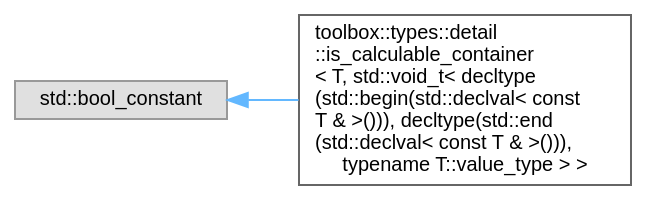
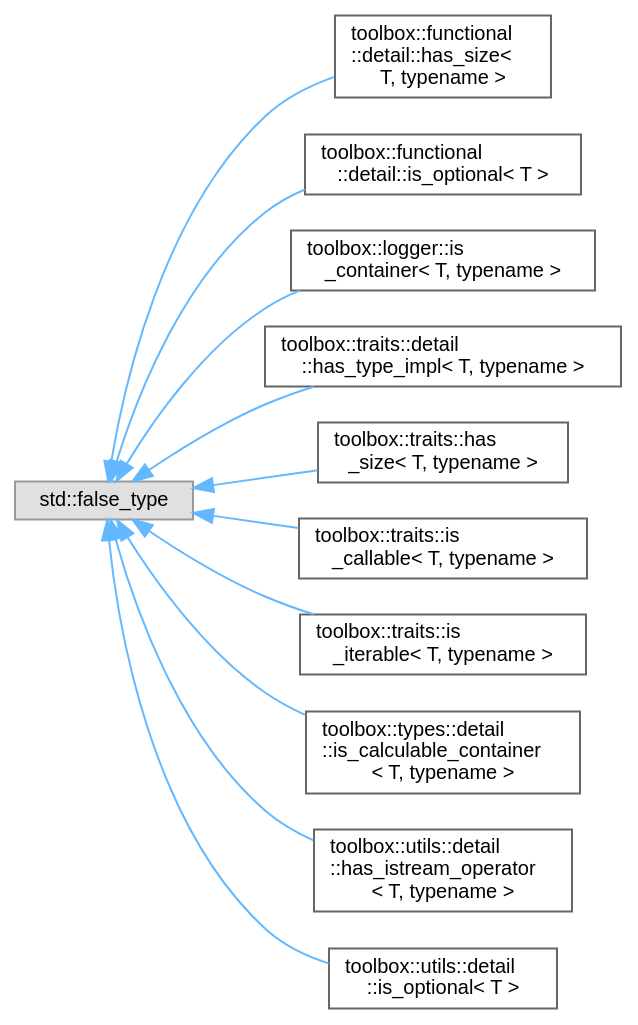
One commit to nerdneilsfield/cpp-toolbox changed the diagram in inherit_graph_2.dot. Above: the diagram before and after it, drawn with Graphviz. The commit also changed 261 other files, not shown here.

```diff
--- a/inherit_graph_2.dot
+++ b/inherit_graph_2.dot
@@ -1,11 +1,29 @@
 digraph "Graphical Class Hierarchy"
 {
  // LATEX_PDF_SIZE
   bgcolor="transparent";
   edge [fontname=Helvetica,fontsize=10,labelfontname=Helvetica,labelfontsize=10];
   node [fontname=Helvetica,fontsize=10,shape=box,height=0.2,width=0.4];
   rankdir="LR";
-  Node0 [id="Node000000",label="std::bool_constant",height=0.2,width=0.4,color="grey60", fillcolor="#E0E0E0", style="filled",tooltip=" "];
+  Node0 [id="Node000000",label="std::false_type",height=0.2,width=0.4,color="grey60", fillcolor="#E0E0E0", style="filled",tooltip=" "];
   Node0 -> Node1 [id="edge2_Node000000_Node000001",dir="back",color="steelblue1",style="solid",tooltip=" "];
-  Node1 [id="Node000001",label="toolbox::types::detail\l::is_calculable_container\l\< T, std::void_t\< decltype\l(std::begin(std::declval\< const\l T & \>())), decltype(std::end\l(std::declval\< const T & \>())),\l typename T::value_type \> \>",height=0.2,width=0.4,color="grey40", fillcolor="white", style="filled",URL="$structtoolbox_1_1types_1_1detail_1_1is__calculable__container_3_01_t_00_01std_1_1void__t_3_01decca586b4229aea21d85ac37405c05d830.html",tooltip="辅助类型特征的特化版本,用于检查容器类型 / Specialization of helper type trait for container types"];
+  Node1 [id="Node000001",label="toolbox::functional\l::detail::has_size\<\l T, typename \>",height=0.2,width=0.4,color="grey40", fillcolor="white", style="filled",URL="$structtoolbox_1_1functional_1_1detail_1_1has__size.html",tooltip="检查类型是否有size()成员函数的类型特征 / Type trait to check if type has size() member function"];
+  Node0 -> Node2 [id="edge3_Node000000_Node000002",dir="back",color="steelblue1",style="solid",tooltip=" "];
+  Node2 [id="Node000002",label="toolbox::functional\l::detail::is_optional\< T \>",height=0.2,width=0.4,color="grey40", fillcolor="white", style="filled",URL="$structtoolbox_1_1functional_1_1detail_1_1is__optional.html",tooltip="检查T是否为std::optional的类型特征 / Type trait to check if T is a std::optional"];
+  Node0 -> Node3 [id="edge4_Node000000_Node000003",dir="back",color="steelblue1",style="solid",tooltip=" "];
+  Node3 [id="Node000003",label="toolbox::logger::is\l_container\< T, typename \>",height=0.2,width=0.4,color="grey40", fillcolor="white", style="filled",URL="$structtoolbox_1_1logger_1_1is__container.html",tooltip="检查类型是否为容器的类型特征 / Type trait to check if a type is a container"];
+  Node0 -> Node4 [id="edge5_Node000000_Node000004",dir="back",color="steelblue1",style="solid",tooltip=" "];
+  Node4 [id="Node000004",label="toolbox::traits::detail\l::has_type_impl\< T, typename \>",height=0.2,width=0.4,color="grey40", fillcolor="white", style="filled",URL="$structtoolbox_1_1traits_1_1detail_1_1has__type__impl.html",tooltip="检查类型是否具有type成员/Check if type has a type member"];
+  Node0 -> Node5 [id="edge6_Node000000_Node000005",dir="back",color="steelblue1",style="solid",tooltip=" "];
+  Node5 [id="Node000005",label="toolbox::traits::has\l_size\< T, typename \>",height=0.2,width=0.4,color="grey40", fillcolor="white", style="filled",URL="$structtoolbox_1_1traits_1_1has__size.html",tooltip="检查类型是否有size成员/Check if type has size member"];
+  Node0 -> Node6 [id="edge7_Node000000_Node000006",dir="back",color="steelblue1",style="solid",tooltip=" "];
+  Node6 [id="Node000006",label="toolbox::traits::is\l_callable\< T, typename \>",height=0.2,width=0.4,color="grey40", fillcolor="white", style="filled",URL="$structtoolbox_1_1traits_1_1is__callable.html",tooltip="检查类型是否可调用/Check if type is callable"];
+  Node0 -> Node7 [id="edge8_Node000000_Node000007",dir="back",color="steelblue1",style="solid",tooltip=" "];
+  Node7 [id="Node000007",label="toolbox::traits::is\l_iterable\< T, typename \>",height=0.2,width=0.4,color="grey40", fillcolor="white", style="filled",URL="$structtoolbox_1_1traits_1_1is__iterable.html",tooltip=" "];
+  Node0 -> Node8 [id="edge9_Node000000_Node000008",dir="back",color="steelblue1",style="solid",tooltip=" "];
+  Node8 [id="Node000008",label="toolbox::types::detail\l::is_calculable_container\l\< T, typename \>",height=0.2,width=0.4,color="grey40", fillcolor="white", style="filled",URL="$structtoolbox_1_1types_1_1detail_1_1is__calculable__container.html",tooltip="辅助类型特征,用于检查类型是否为可计算容器 / Helper type trait to check if a type is a calculable container"];
+  Node0 -> Node9 [id="edge10_Node000000_Node000009",dir="back",color="steelblue1",style="solid",tooltip=" "];
+  Node9 [id="Node000009",label="toolbox::utils::detail\l::has_istream_operator\l\< T, typename \>",height=0.2,width=0.4,color="grey40", fillcolor="white", style="filled",URL="$structtoolbox_1_1utils_1_1detail_1_1has__istream__operator.html",tooltip=" "];
+  Node0 -> Node10 [id="edge11_Node000000_Node000010",dir="back",color="steelblue1",style="solid",tooltip=" "];
+  Node10 [id="Node000010",label="toolbox::utils::detail\l::is_optional\< T \>",height=0.2,width=0.4,color="grey40", fillcolor="white", style="filled",URL="$structtoolbox_1_1utils_1_1detail_1_1is__optional.html",tooltip=" "];
 }
```
